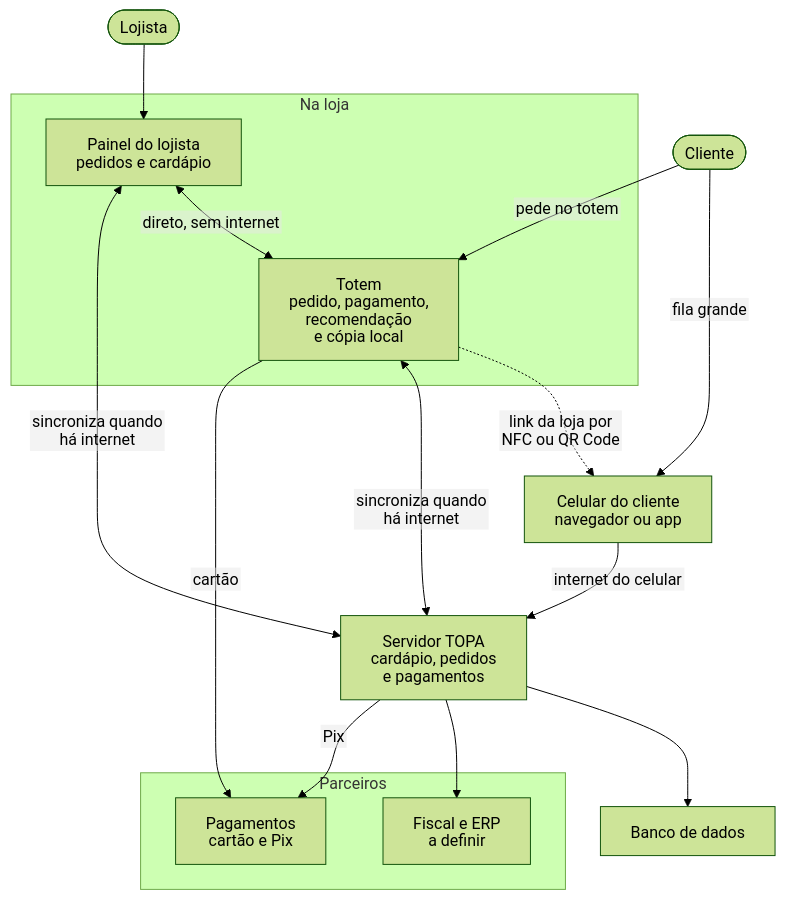
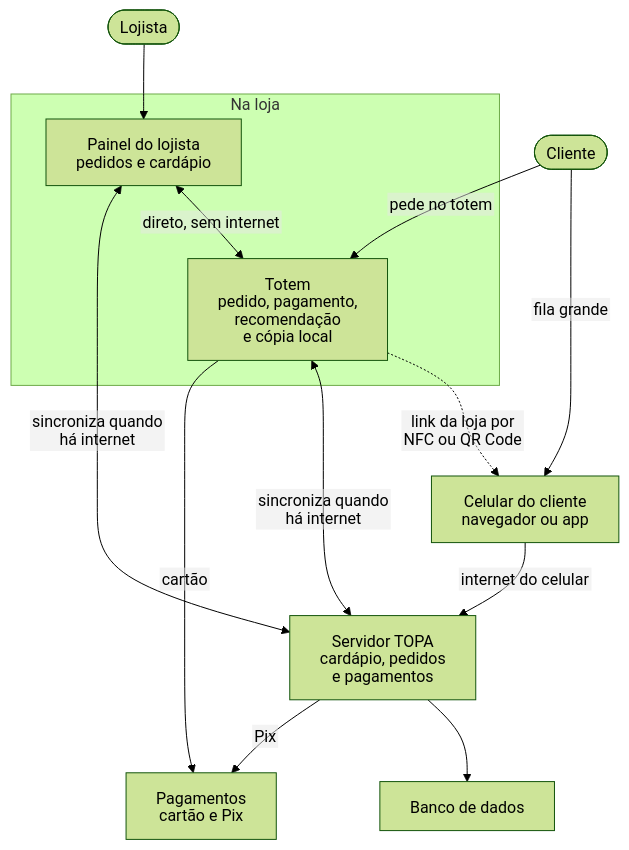
One commit to kaualimadesouza/EI changed the diagram in README.md. Above: the diagram before and after it, drawn with Mermaid (forest theme).

Commit message:
docs: leave fiscal and ERP off the architecture diagram for now

````diff
--- a/README.md
+++ b/README.md
@@ -66,37 +66,33 @@
 ```mermaid
 %%{init: {"htmlLabels": false, "flowchart": {"htmlLabels": false}}}%%
 flowchart TB
     %% SVG labels on purpose: GitHub clips the default HTML labels
     lojista(["Lojista"])
     cliente(["Cliente"])
 
     subgraph loja["Na loja"]
         painel["Painel do lojista<br/>pedidos e cardápio"]
         totem["Totem<br/>pedido, pagamento,<br/>recomendação<br/>e cópia local"]
     end
 
     celular["Celular do cliente<br/>navegador ou app"]
 
     servidor["Servidor TOPA<br/>cardápio, pedidos<br/>e pagamentos"]
     banco["Banco de dados"]
 
-    subgraph parceiros["Parceiros"]
-        pagamentos["Pagamentos<br/>cartão e Pix"]
-        fiscal["Fiscal e ERP<br/>a definir"]
-    end
+    pagamentos["Pagamentos<br/>cartão e Pix"]
 
     lojista --> painel
     cliente -- "pede no totem" --> totem
     cliente -- "fila grande" --> celular
     totem -. "link da loja por<br/>NFC ou QR Code" .-> celular
 
     painel <-- "direto, sem internet" --> totem
     painel <-- "sincroniza quando<br/>há internet" --> servidor
     totem <-- "sincroniza quando<br/>há internet" --> servidor
     celular -- "internet do celular" --> servidor
     servidor --> banco
 
-    servidor --> fiscal
     servidor -- "Pix" --> pagamentos
     totem -- "cartão" --> pagamentos
 ```
````
